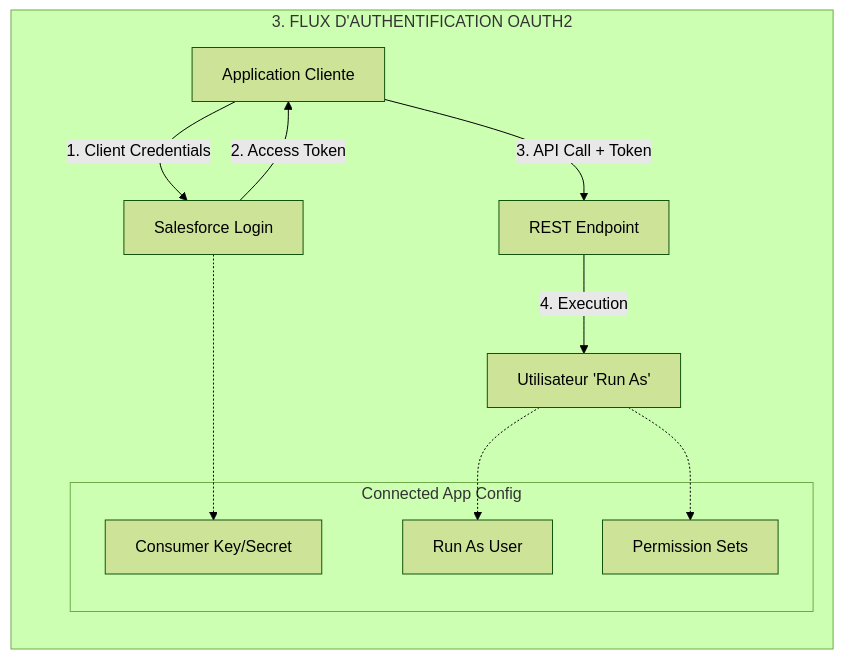
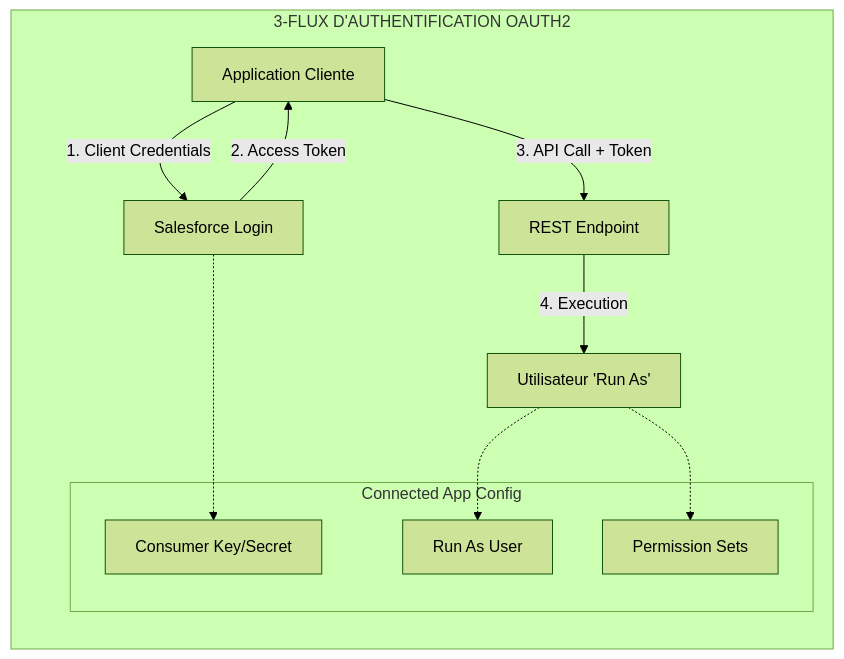
Before and after one commit to alcabon/General-AI-Questions: the third of 7 diagrams in Case-EmailMessag.md, drawn with Mermaid (forest theme). The commit also changed other lines of this file, not shown here.

````diff
--- a/Case-EmailMessag.md
+++ b/Case-EmailMessag.md
@@ -1034,19 +1034,19 @@
 ```mermaid
 graph LR
-    subgraph "3. FLUX D'AUTHENTIFICATION OAUTH2"
+    subgraph "3-FLUX D'AUTHENTIFICATION OAUTH2"
         A[Application Cliente] -->|"1. Client Credentials"| B[Salesforce Login]
         B -->|"2. Access Token"| A
         A -->|"3. API Call + Token"| C[REST Endpoint]
         C -->|"4. Execution"| D["Utilisateur 'Run As'"]
         
         subgraph "Connected App Config"
             E["Consumer Key/Secret"]
             F[Run As User]
             G[Permission Sets]
         end
         
         B -.-> E
         D -.-> F
         D -.-> G
     end
 ```
````
